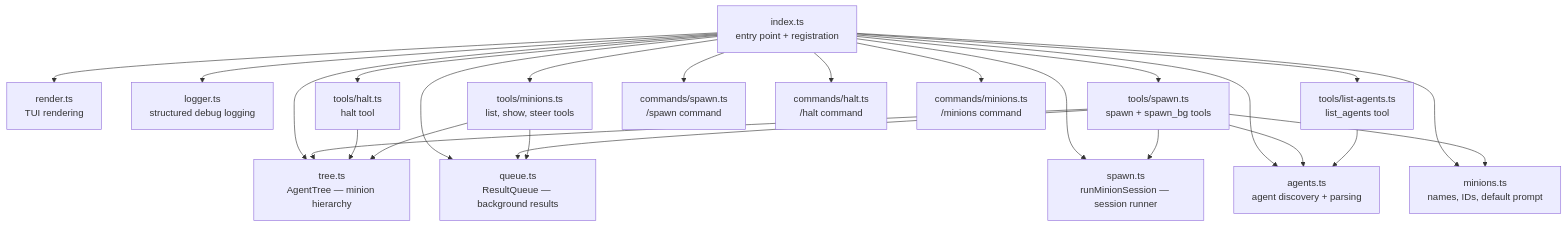
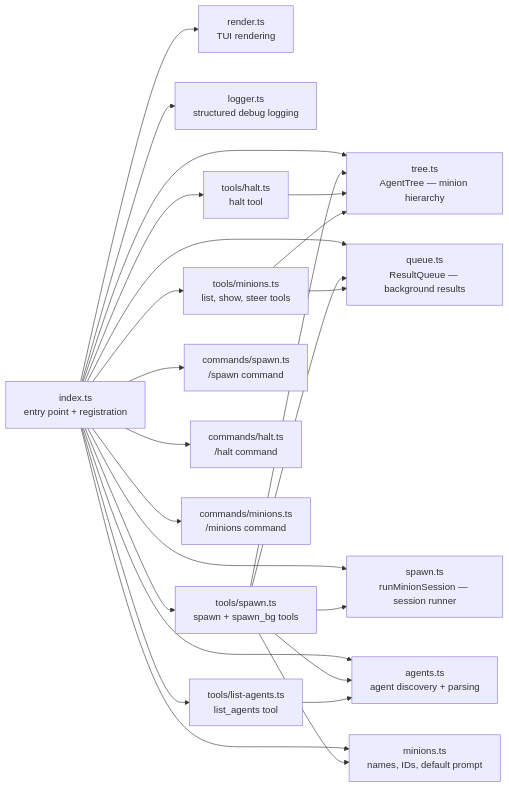
Before and after one commit to justcyl/pi-minions: the first of 3 diagrams in docs/architecture.md, drawn with Mermaid. The commit also changed other lines of this file and 11 other files, not shown here.

````diff
--- a/docs/architecture.md
+++ b/docs/architecture.md
@@ -13,32 +13,32 @@
 ```mermaid
-graph TD
+graph LR
     index[index.ts<br/>entry point + registration]
 
     index --> tree[tree.ts<br/>AgentTree — minion hierarchy]
     index --> queue[queue.ts<br/>ResultQueue — background results]
     index --> spawn_core[spawn.ts<br/>runMinionSession — session runner]
     index --> agents[agents.ts<br/>agent discovery + parsing]
     index --> minions_core[minions.ts<br/>names, IDs, default prompt]
     index --> render[render.ts<br/>TUI rendering]
     index --> logger[logger.ts<br/>structured debug logging]
 
     index --> tools_spawn[tools/spawn.ts<br/>spawn + spawn_bg tools]
     index --> tools_halt[tools/halt.ts<br/>halt tool]
     index --> tools_agents[tools/list-agents.ts<br/>list_agents tool]
     index --> tools_minions[tools/minions.ts<br/>list, show, steer tools]
 
     index --> cmd_spawn[commands/spawn.ts<br/>/spawn command]
     index --> cmd_halt[commands/halt.ts<br/>/halt command]
     index --> cmd_minions[commands/minions.ts<br/>/minions command]
 
     tools_spawn --> spawn_core
     tools_spawn --> agents
     tools_spawn --> minions_core
     tools_spawn --> tree
     tools_spawn --> queue
 
     tools_halt --> tree
     tools_agents --> agents
     tools_minions --> tree
     tools_minions --> queue
 ```
````
